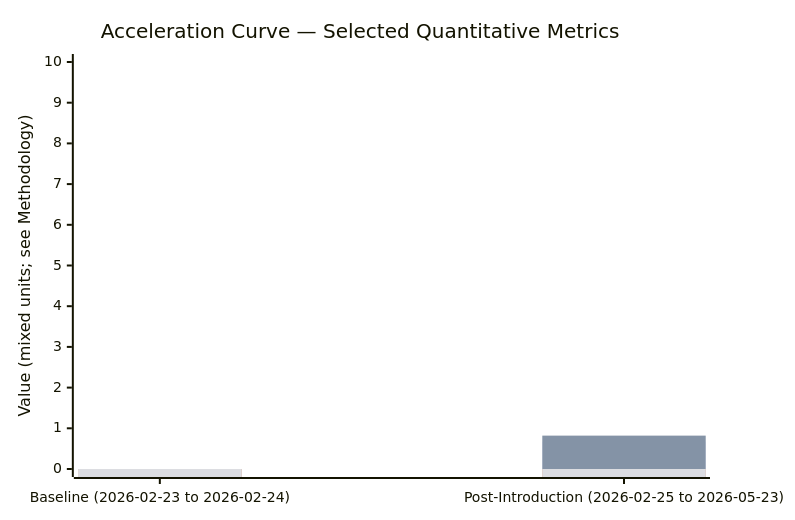
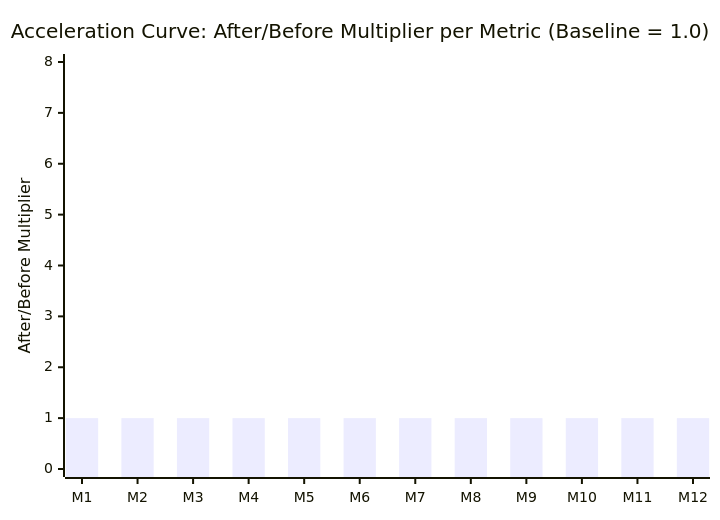
One commit to Blitzy-Sandbox/blitzy-RudderStack changed the fourth of 4 diagrams in blitzy/acceleration-report/acceleration-report.md. Above: the diagram before and after it, drawn with Mermaid. The commit also changed other lines of this file and 2 other files, not shown here.

````diff
--- a/blitzy/acceleration-report/acceleration-report.md
+++ b/blitzy/acceleration-report/acceleration-report.md
@@ -735,10 +716,29 @@
 ```mermaid
+%% Title: Acceleration Curve: Per-Metric After/Before Multiplier
+%% Legend:
+%%   X-axis = metric identifier (M1..M12, in canonical order).
+%%   Y-axis = after/before multiplier where Baseline = 1.0 reference.
+%%            Values > 1.0 indicate the after period exceeded the baseline;
+%%            values < 1.0 indicate the after period fell below the baseline.
+%%   Single bar series = per-metric multiplier extracted from data/metrics.json
+%%                       at render time (10_render_report.py substitutes the
+%%                       placeholder 1.0 values with actual multipliers).
+%%   NOTE: this file is a SOURCE TEMPLATE. All bar values below are placeholders
+%%   (1.0 for every metric, representing "Baseline ratio"). The renderer
+%%   reads data/metrics.json and substitutes each placeholder with the actual
+%%   after/before multiplier for the corresponding metric. Metrics with
+%%   "insufficient_signal" or zero-variance baseline (Metric 3) are rendered as
+%%   0.0 in the bar AND a footnote is added below the chart in the report body.
+%%   Per AAP §0.5.6 fallback (post-introduction span < 90 days), the chart shows
+%%   the Post-Introduction multiplier only; no Ramp-Up vs Steady-State split.
+%%   For the metric-name legend mapping:
+%%     M1=Flow Load            M2=Flow Velocity     M3=Flow Predictability
+%%     M4=Flow Active          M5=Flow Efficiency   M6=Flow Distribution
+%%     M7=Flow Time            M8=Problem Records   M9=Releases
+%%     M10=Approved Exceptions M11=Escaped Defects  M12=Defects Out of SLA
 xychart-beta
-    title "Acceleration Curve — Selected Quantitative Metrics"
-    x-axis ["Baseline (2026-02-23 to 2026-02-24)", "Post-Introduction (2026-02-25 to 2026-05-23)"]
-    y-axis "Value (mixed units; see Methodology)" 0 --> 10
-    bar "M2 Flow Velocity (PRs/window)" [0.0, 0.67]
-    bar "M3 Flow Predictability (1/CV)" [0.0, 0.82]
-    bar "M9 Releases (count)" [0.0, 0.0]
-    bar "M8 Reverts (count)" [0.0, 0.0]
+    title "Acceleration Curve: After/Before Multiplier per Metric (Baseline = 1.0)"
+    x-axis ["M1", "M2", "M3", "M4", "M5", "M6", "M7", "M8", "M9", "M10", "M11", "M12"]
+    y-axis "After/Before Multiplier" 0 --> 8
+    bar [1.0, 1.0, 1.0, 1.0, 1.0, 1.0, 1.0, 1.0, 1.0, 1.0, 1.0, 1.0]
 ```
````
